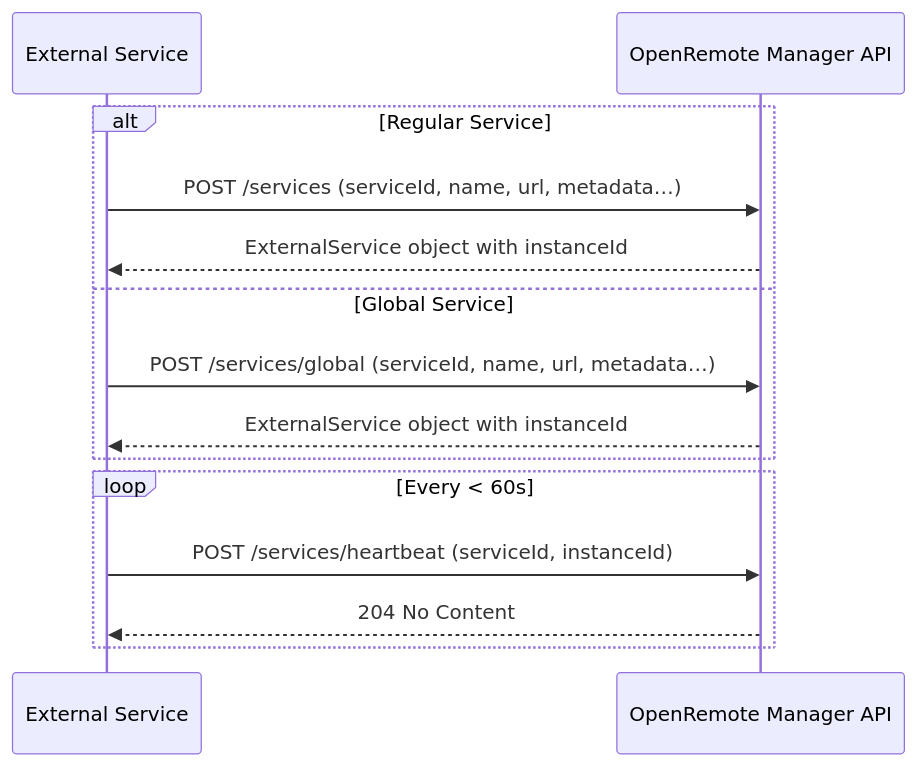
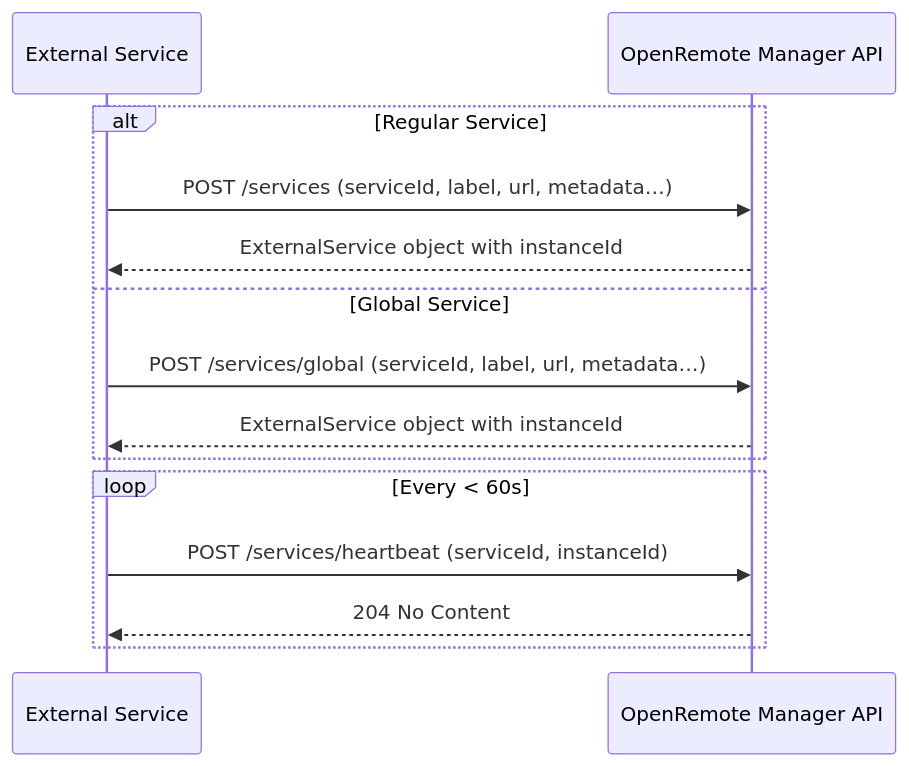
One commit to openremote/documentation changed the diagram in docs/developer-guide/external-services.md. Above: the diagram before and after it, drawn with Mermaid. The commit also changed other lines of this file, not shown here.

Commit message:
Improved developer documentation for creating your own external service + configuration fix for the reference docker compose instructions

````diff
--- a/docs/developer-guide/external-services.md
+++ b/docs/developer-guide/external-services.md
@@ -115,18 +174,18 @@
 ```mermaid
 sequenceDiagram
     participant Service as External Service
     participant OR as OpenRemote Manager API
 
     alt Regular Service
-        Service->>OR: POST /services (serviceId, name, url, metadata…)
+        Service->>OR: POST /services (serviceId, label, url, metadata…)
         OR-->>Service: ExternalService object with instanceId
     else Global Service
-        Service->>OR: POST /services/global (serviceId, name, url, metadata…)
+        Service->>OR: POST /services/global (serviceId, label, url, metadata…)
         OR-->>Service: ExternalService object with instanceId
     end
 
     loop Every < 60s
         Service->>OR: POST /services/heartbeat (serviceId, instanceId)
         OR-->>Service: 204 No Content
     end
 ```
````
